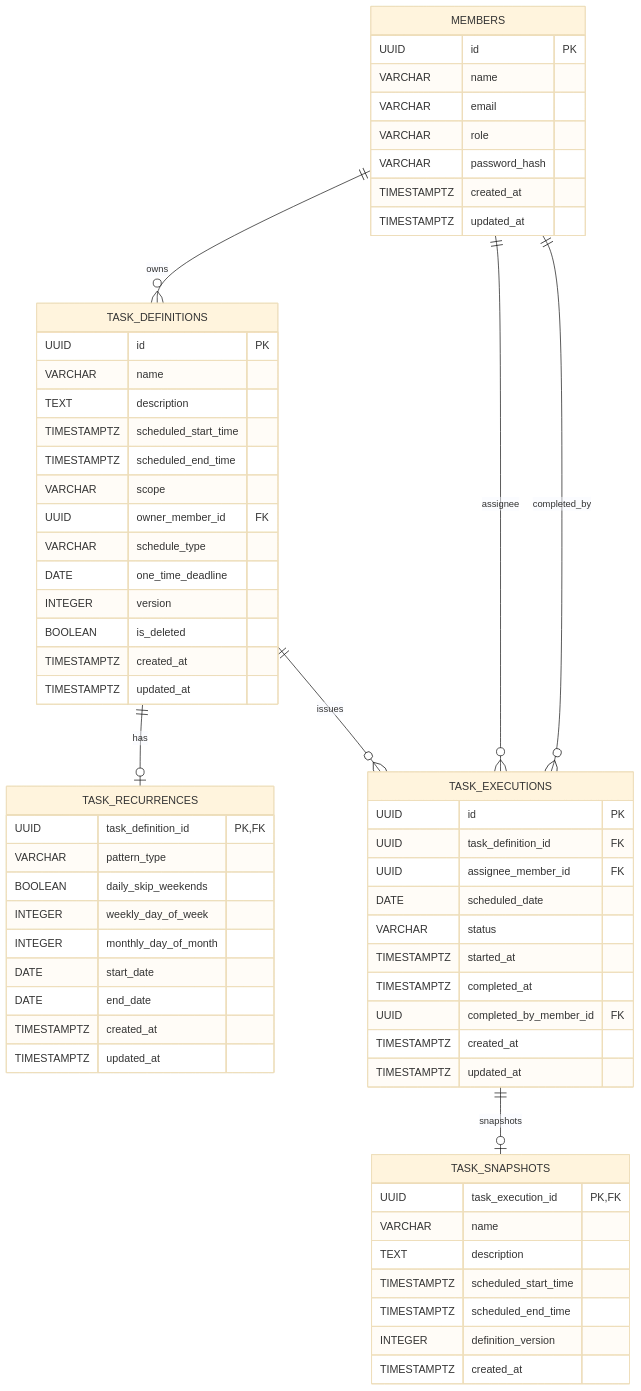
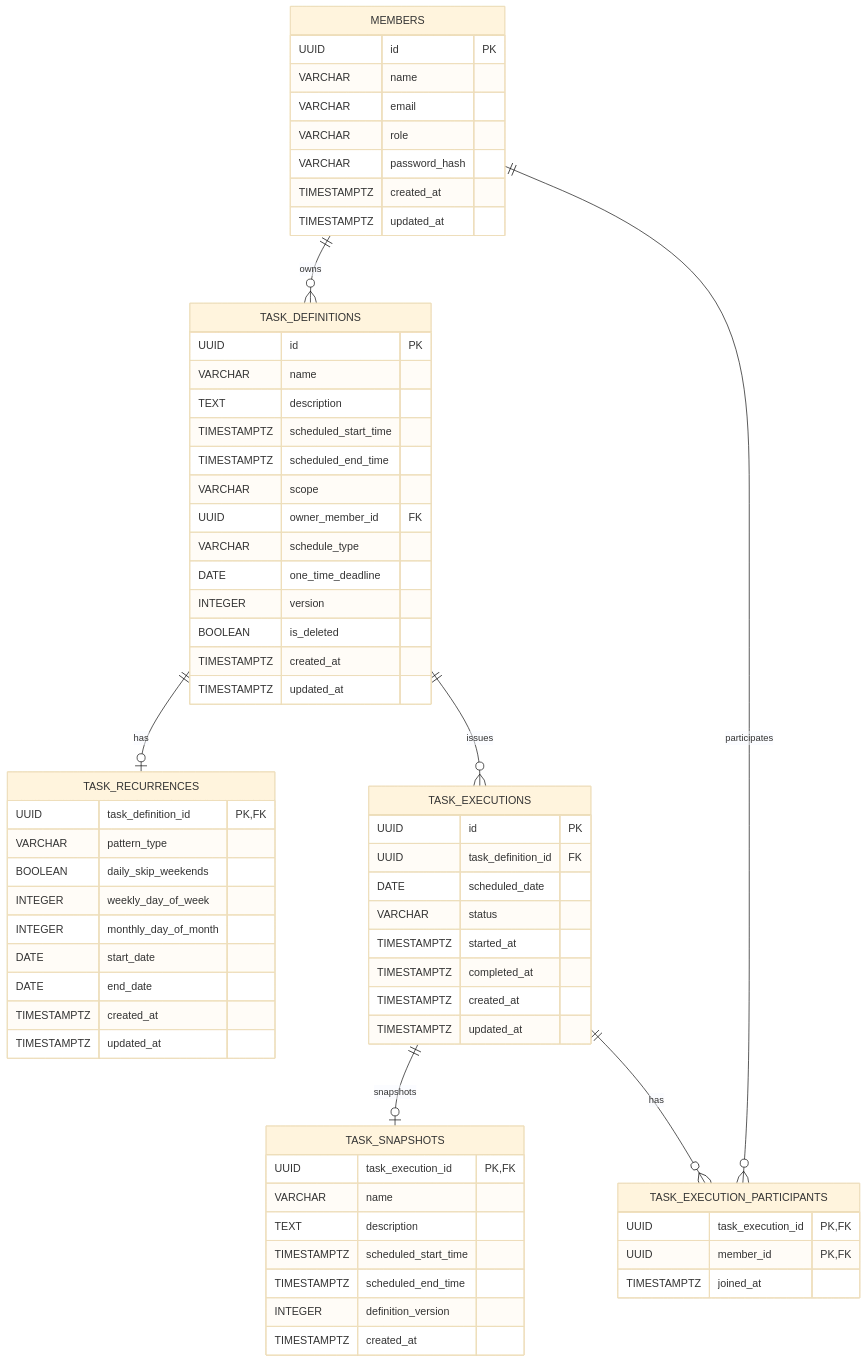
The diagram in doc/er-diagram.md (kotetsu1225/housework), drawn with Mermaid (base theme) before and after one commit. The commit also changed 12 other files, not shown here.

````diff
--- a/doc/er-diagram.md
+++ b/doc/er-diagram.md
@@ -3,72 +3,76 @@
 ```mermaid
 erDiagram
     MEMBERS {
         UUID id PK
         VARCHAR name
         VARCHAR email
         VARCHAR role
         VARCHAR password_hash
         TIMESTAMPTZ created_at
         TIMESTAMPTZ updated_at
     }
 
     TASK_DEFINITIONS {
         UUID id PK
         VARCHAR name
         TEXT description
         TIMESTAMPTZ scheduled_start_time
         TIMESTAMPTZ scheduled_end_time
         VARCHAR scope
         UUID owner_member_id FK
         VARCHAR schedule_type
         DATE one_time_deadline
         INTEGER version
         BOOLEAN is_deleted
         TIMESTAMPTZ created_at
         TIMESTAMPTZ updated_at
     }
 
     TASK_RECURRENCES {
         UUID task_definition_id PK, FK
         VARCHAR pattern_type
         BOOLEAN daily_skip_weekends
         INTEGER weekly_day_of_week
         INTEGER monthly_day_of_month
         DATE start_date
         DATE end_date
         TIMESTAMPTZ created_at
         TIMESTAMPTZ updated_at
     }
 
     TASK_EXECUTIONS {
         UUID id PK
         UUID task_definition_id FK
-        UUID assignee_member_id FK
         DATE scheduled_date
         VARCHAR status
         TIMESTAMPTZ started_at
         TIMESTAMPTZ completed_at
-        UUID completed_by_member_id FK
         TIMESTAMPTZ created_at
         TIMESTAMPTZ updated_at
+    }
+
+    TASK_EXECUTION_PARTICIPANTS {
+        UUID task_execution_id PK, FK
+        UUID member_id PK, FK
+        TIMESTAMPTZ joined_at
     }
 
     TASK_SNAPSHOTS {
         UUID task_execution_id PK, FK
         VARCHAR name
         TEXT description
         TIMESTAMPTZ scheduled_start_time
         TIMESTAMPTZ scheduled_end_time
         INTEGER definition_version
         TIMESTAMPTZ created_at
     }
 
     MEMBERS ||--o{ TASK_DEFINITIONS : owns
     TASK_DEFINITIONS ||--o| TASK_RECURRENCES : has
 
     TASK_DEFINITIONS ||--o{ TASK_EXECUTIONS : issues
     TASK_EXECUTIONS ||--o| TASK_SNAPSHOTS : snapshots
 
-    MEMBERS ||--o{ TASK_EXECUTIONS : assignee
-    MEMBERS ||--o{ TASK_EXECUTIONS : completed_by
+    TASK_EXECUTIONS ||--o{ TASK_EXECUTION_PARTICIPANTS : has
+    MEMBERS ||--o{ TASK_EXECUTION_PARTICIPANTS : participates
 ```
````
